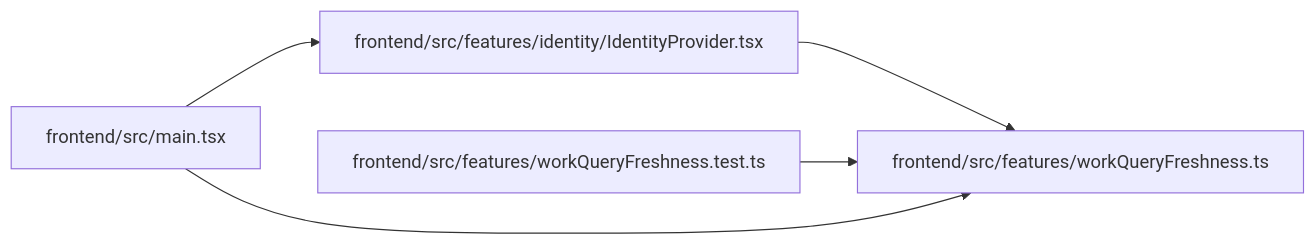
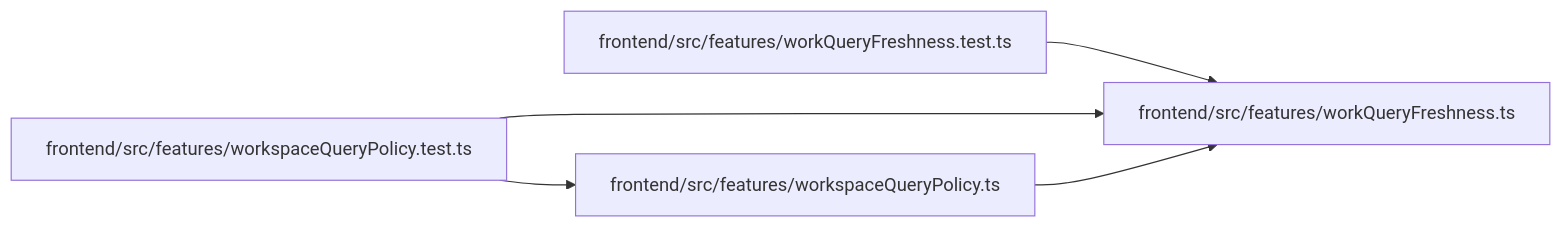
Before and after one commit to Denissvgn/WorkChord: the diagram in docs/llm_wiki/modules/workQueryFreshness.md, drawn with Mermaid. The commit also changed other lines of this file and 336 other files, not shown here.

Commit message:
docs(wiki): explain workspace query policy and cache disposal

````diff
--- a/docs/llm_wiki/modules/workQueryFreshness.md
+++ b/docs/llm_wiki/modules/workQueryFreshness.md
@@ -27,15 +28,15 @@
 ```mermaid
 flowchart LR
-    n0["frontend/src/features/identity/IdentityProvider.tsx"]
-    n1["frontend/src/features/workQueryFreshness.test.ts"]
-    n2["frontend/src/features/workQueryFreshness.ts"]
-    n3["frontend/src/main.tsx"]
-    n0 --> n2
-    n1 --> n2
-    n3 --> n0
-    n3 --> n2
-    click n0 "../modules/IdentityProvider.md"
-    click n1 "../modules/workQueryFreshness.test.md"
-    click n2 "../modules/workQueryFreshness.md"
-    click n3 "../modules/src_main.md"
+    n0["frontend/src/features/workQueryFreshness.test.ts"]
+    n1["frontend/src/features/workQueryFreshness.ts"]
+    n2["frontend/src/features/workspaceQueryPolicy.test.ts"]
+    n3["frontend/src/features/workspaceQueryPolicy.ts"]
+    n0 --> n1
+    n2 --> n1
+    n2 --> n3
+    n3 --> n1
+    click n0 "../modules/workQueryFreshness.test.md"
+    click n1 "../modules/workQueryFreshness.md"
+    click n2 "../modules/workspaceQueryPolicy.test.md"
+    click n3 "../modules/workspaceQueryPolicy.md"
 ```
````
